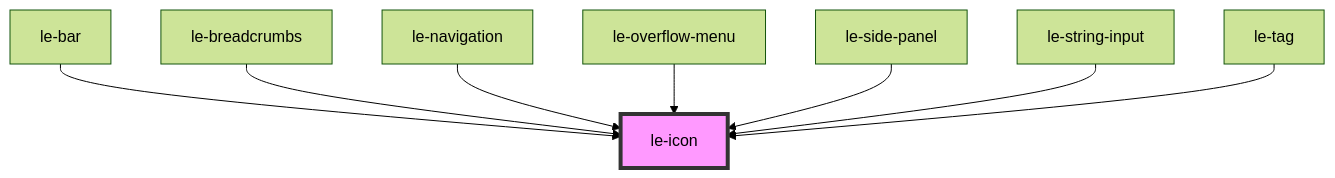
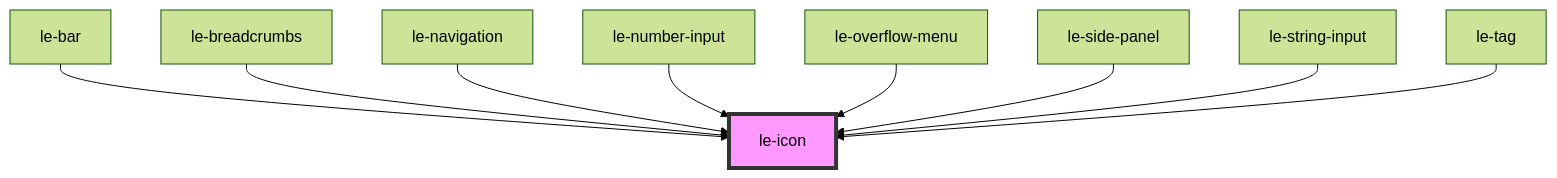
Before and after one commit to leechy/le-kit: the diagram in packages/core/src/components/le-icon/readme.md, drawn with Mermaid (forest theme). The commit also changed other lines of this file and 2 other files, not shown here.

Commit message:
Version up to 0.6.5

````diff
--- a/packages/core/src/components/le-icon/readme.md
+++ b/packages/core/src/components/le-icon/readme.md
@@ -29,11 +30,12 @@
 ```mermaid
 graph TD;
   le-bar --> le-icon
   le-breadcrumbs --> le-icon
   le-navigation --> le-icon
+  le-number-input --> le-icon
   le-overflow-menu --> le-icon
   le-side-panel --> le-icon
   le-string-input --> le-icon
   le-tag --> le-icon
   style le-icon fill:#f9f,stroke:#333,stroke-width:4px
 ```
````
